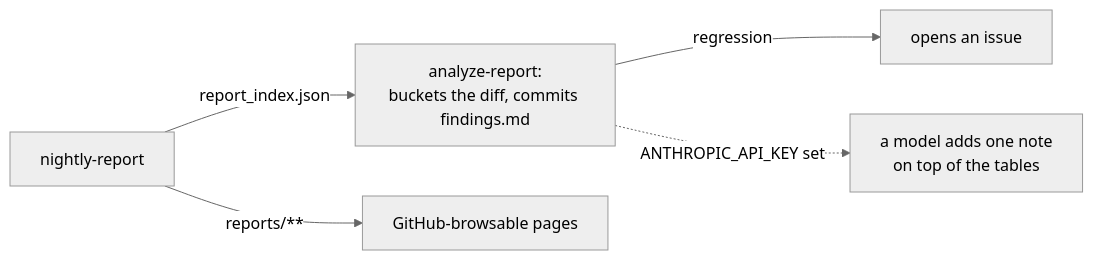
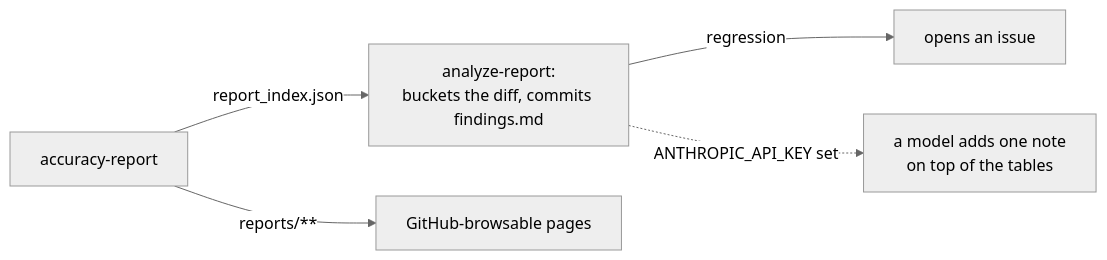
Before and after one commit to tenstorrent/tt-eltwise-accuracy-report: the fourth of 4 diagrams in .github/workflows/README.md, drawn with Mermaid (neutral theme). The commit also changed other lines of this file and 8 other files, not shown here.

Commit message:
ci: one accuracy-report replaces the nightly and custom reports, and only a whole sweep may publish

````diff
--- a/.github/workflows/README.md
+++ b/.github/workflows/README.md
@@ -111,7 +152,7 @@
 ```mermaid
 flowchart LR
-    N["nightly-report"] -->|report_index.json| A["analyze-report:<br/>buckets the diff, commits findings.md"]
+    N["accuracy-report"] -->|report_index.json| A["analyze-report:<br/>buckets the diff, commits findings.md"]
     A -->|regression| I["opens an issue"]
     A -.->|ANTHROPIC_API_KEY set| M["a model adds one note<br/>on top of the tables"]
     N -->|reports/**| G["GitHub-browsable pages"]
 ```
````
